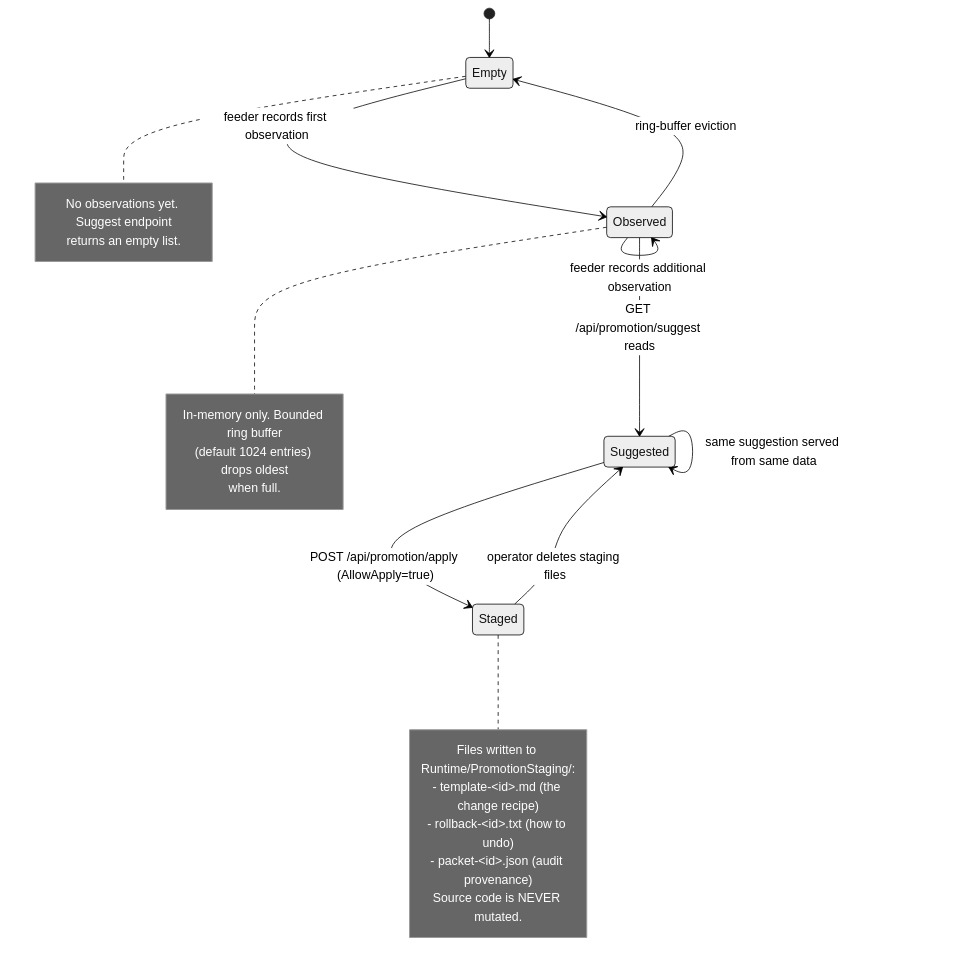
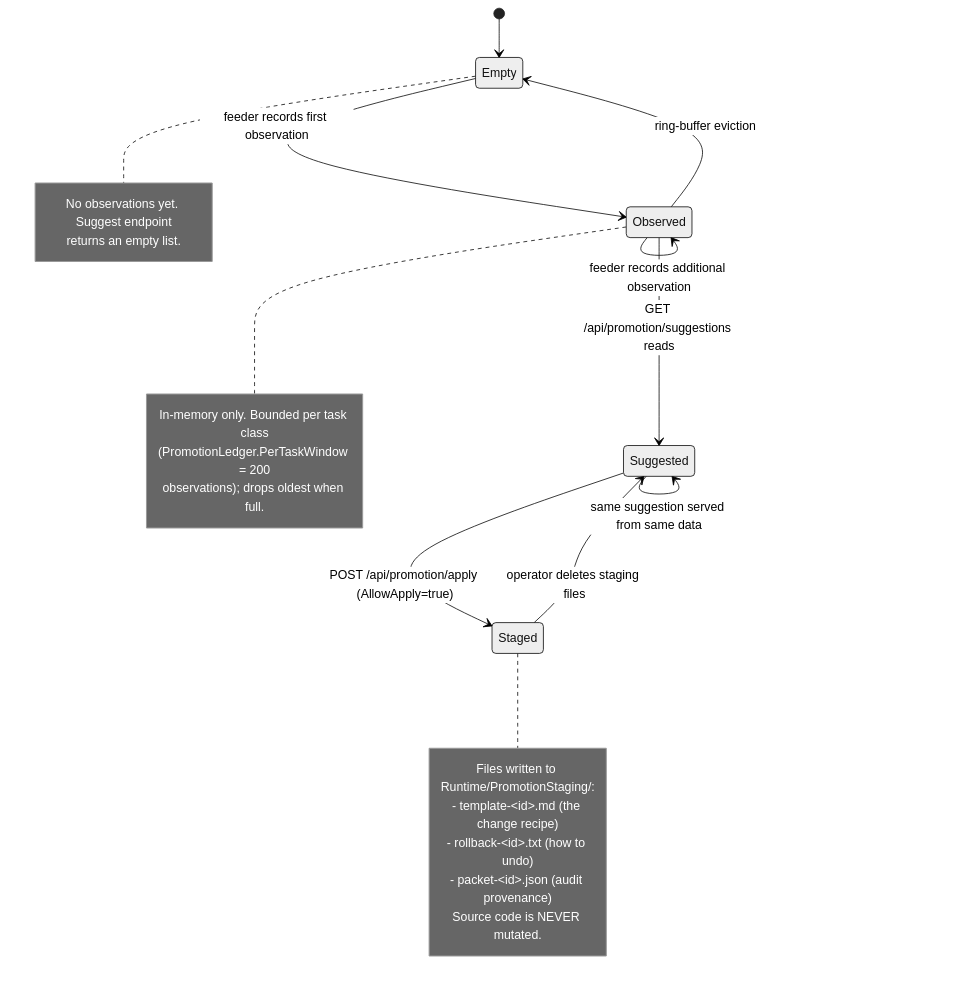
Before and after one commit to mzzmuaa/PalLLM: the third of 5 diagrams in docs/STATE_MACHINES.md, drawn with Mermaid (neutral theme). The commit also changed other lines of this file and 9 other files, not shown here.

````diff
--- a/docs/STATE_MACHINES.md
+++ b/docs/STATE_MACHINES.md
@@ -103,30 +106,30 @@
 ```mermaid
 stateDiagram-v2
     [*] --> Empty
     Empty --> Observed: feeder records first observation
     Observed --> Observed: feeder records additional observation
-    Observed --> Suggested: GET /api/promotion/suggest reads
+    Observed --> Suggested: GET /api/promotion/suggestions reads
     Suggested --> Suggested: same suggestion served from same data
     Suggested --> Staged: POST /api/promotion/apply (AllowApply=true)
     Staged --> Suggested: operator deletes staging files
     Observed --> Empty: ring-buffer eviction
 
     note right of Empty
         No observations yet. Suggest endpoint
         returns an empty list.
     end note
 
     note right of Observed
-        In-memory only. Bounded ring buffer
-        (default 1024 entries) drops oldest
-        when full.
+        In-memory only. Bounded per task class
+        (PromotionLedger.PerTaskWindow = 200
+        observations); drops oldest when full.
     end note
 
     note right of Staged
         Files written to Runtime/PromotionStaging/:
         - template-&lt;id&gt;.md (the change recipe)
         - rollback-&lt;id&gt;.txt (how to undo)
         - packet-&lt;id&gt;.json (audit provenance)
         Source code is NEVER mutated.
     end note
 ```
````
